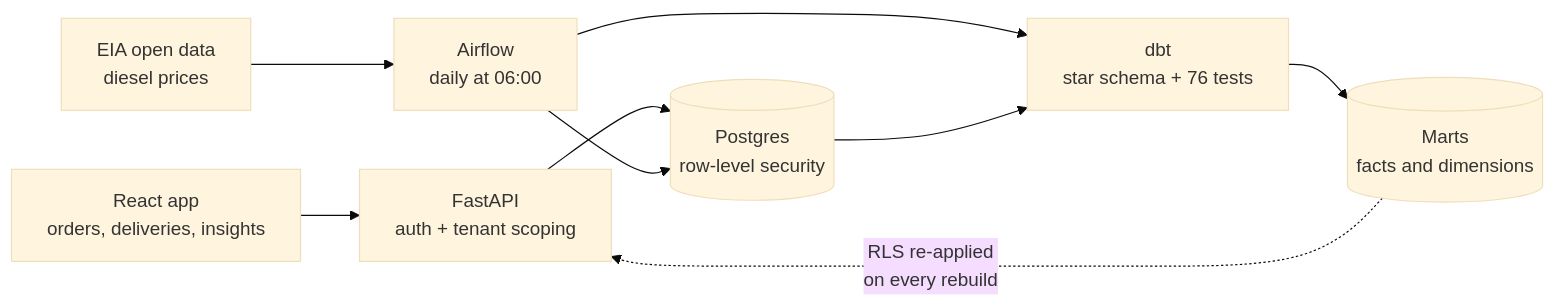
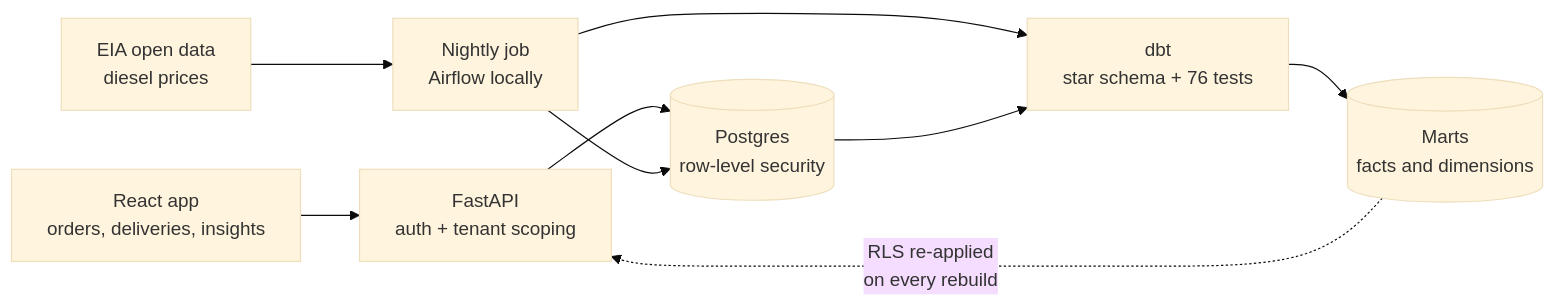
One commit to Pogbebs/dispatchledger changed the diagram in README.md. Above: the diagram before and after it, drawn with Mermaid (base theme). The commit also changed other lines of this file, not shown here.

````diff
--- a/README.md
+++ b/README.md
@@ -30,11 +36,11 @@
 ```mermaid
 flowchart LR
     U[React app<br/>orders, deliveries, insights] --> A[FastAPI<br/>auth + tenant scoping]
     A --> P[(Postgres<br/>row-level security)]
-    E[EIA open data<br/>diesel prices] --> W[Airflow<br/>daily at 06:00]
+    E[EIA open data<br/>diesel prices] --> W[Nightly job<br/>Airflow locally]
     W --> P
     W --> D[dbt<br/>star schema + 76 tests]
     P --> D
     D --> M[(Marts<br/>facts and dimensions)]
     M -.->|RLS re-applied<br/>on every rebuild| A
 ```
````
